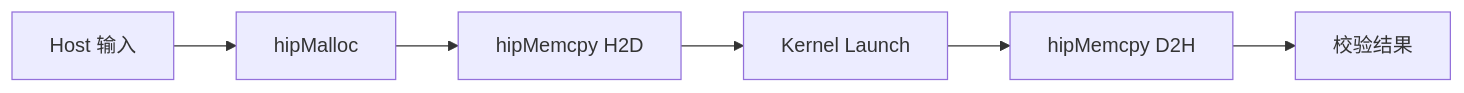
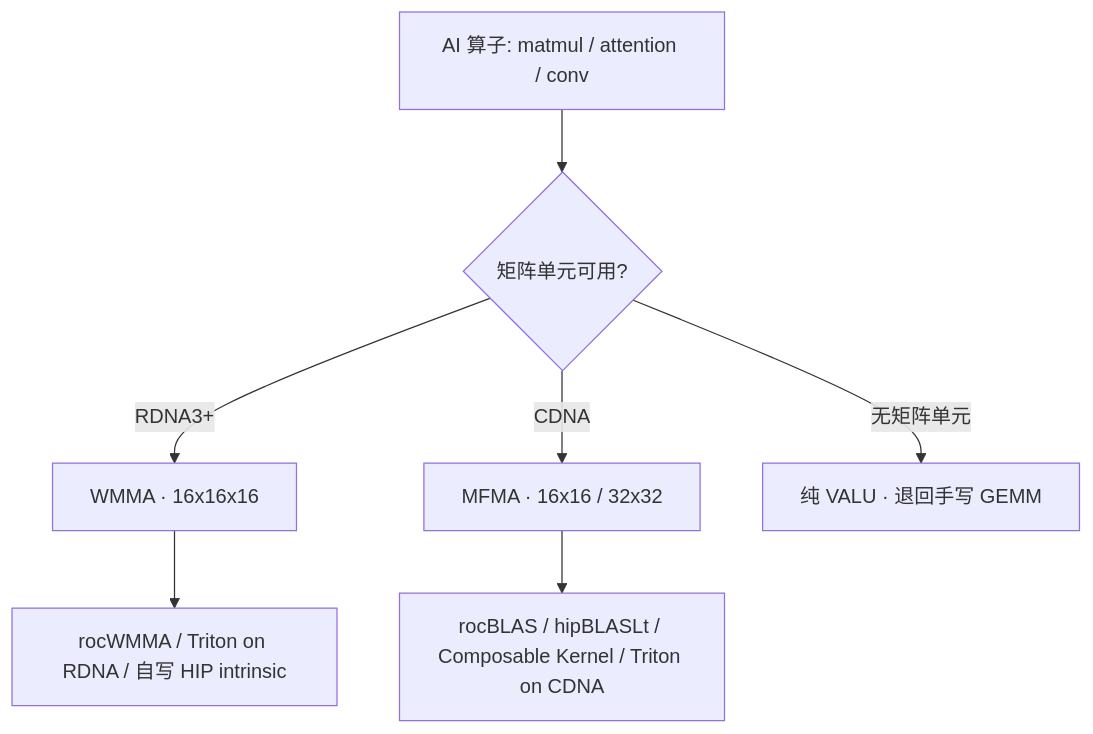
The fifth of 6 diagrams in docs/part1-hardware-rocm/chapter3/index.md (Weihong-Liu/hello-ai-infra), drawn with Mermaid before and after one commit. The commit also changed other lines of this file and 231 other files, not shown here.

First line of the commit message:
docs: renumber chapters and add figure references

````diff
--- a/docs/part1-hardware-rocm/chapter3/index.md
+++ b/docs/part1-hardware-rocm/chapter3/index.md
@@ -46,8 +377,9 @@
 ```mermaid
-flowchart LR
-    A[Host 输入] --> B[hipMalloc]
-    B --> C[hipMemcpy H2D]
-    C --> D[Kernel Launch]
-    D --> E[hipMemcpy D2H]
-    E --> F[校验结果]
+flowchart TD
+    A[AI 算子: matmul / attention / conv] --> B{矩阵单元可用?}
+    B -- "RDNA3+" --> C[WMMA · 16x16x16]
+    B -- "CDNA" --> D[MFMA · 16x16 / 32x32]
+    B -- "无矩阵单元" --> E[纯 VALU · 退回手写 GEMM]
+    C --> F[rocWMMA / Triton on RDNA / 自写 HIP intrinsic]
+    D --> G[rocBLAS / hipBLASLt / Composable Kernel / Triton on CDNA]
 ```
````
